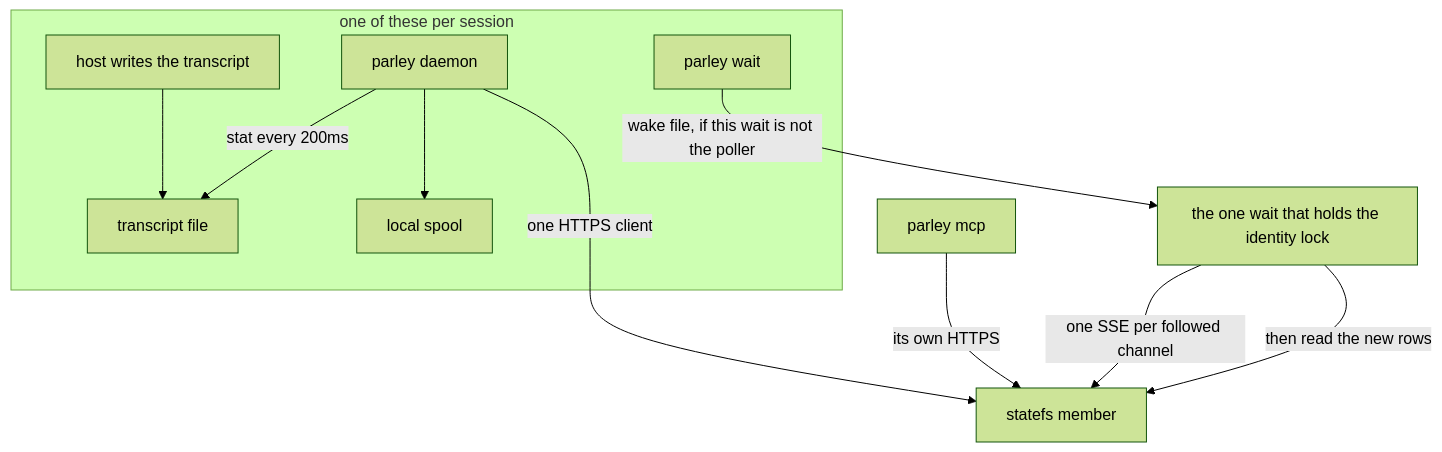
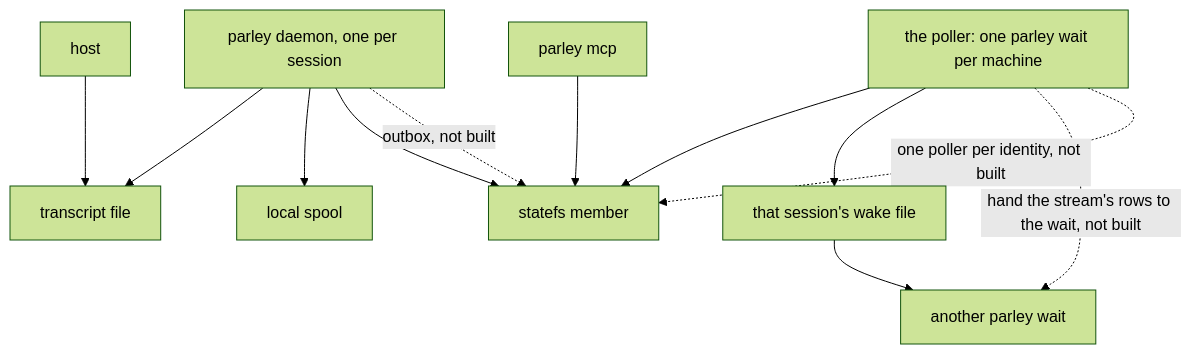
The third of 7 diagrams in docs/architecture/08_write-and-read.md (quantumwake/parley), drawn with Mermaid (forest theme) before and after one commit. The commit also changed other lines of this file, not shown here.

First line of the commit message:
docs: draw the write and the read from C0 to C4

````diff
--- a/docs/architecture/08_write-and-read.md
+++ b/docs/architecture/08_write-and-read.md
@@ -16,22 +69,25 @@
 ```mermaid
 flowchart TB
-  subgraph perSession [one of these per session]
-    Host[host writes the transcript]
-    File[transcript file]
-    Daemon[parley daemon]
-    Spool[local spool]
-    Wait[parley wait]
-  end
-  MCP[parley mcp]
-  Poller[the one wait that holds the identity lock]
-  Member[statefs member]
+  Host["host"]
+  File["transcript file"]
+  Daemon["parley daemon, one per session"]
+  Spool["local spool"]
+  MCP["parley mcp"]
+  Poller["the poller: one parley wait per machine"]
+  Wait["another parley wait"]
+  Wake["that session's wake file"]
+  Member["statefs member"]
 
   Host --> File
-  Daemon -->|stat every 200ms| File
+  Daemon --> File
   Daemon --> Spool
-  Daemon -->|one HTTPS client| Member
-  MCP -->|its own HTTPS| Member
-  Wait -->|wake file, if this wait is not the poller| Poller
-  Poller -->|one SSE per followed channel| Member
-  Poller -->|then read the new rows| Member
+  Daemon --> Member
+  MCP --> Member
+  Poller --> Member
+  Poller --> Wake
+  Wake --> Wait
+
+  Daemon -.->|"outbox, not built"| Member
+  Poller -.->|"hand the stream's rows to the wait, not built"| Wait
+  Poller -.->|"one poller per identity, not built"| Member
 ```
````
